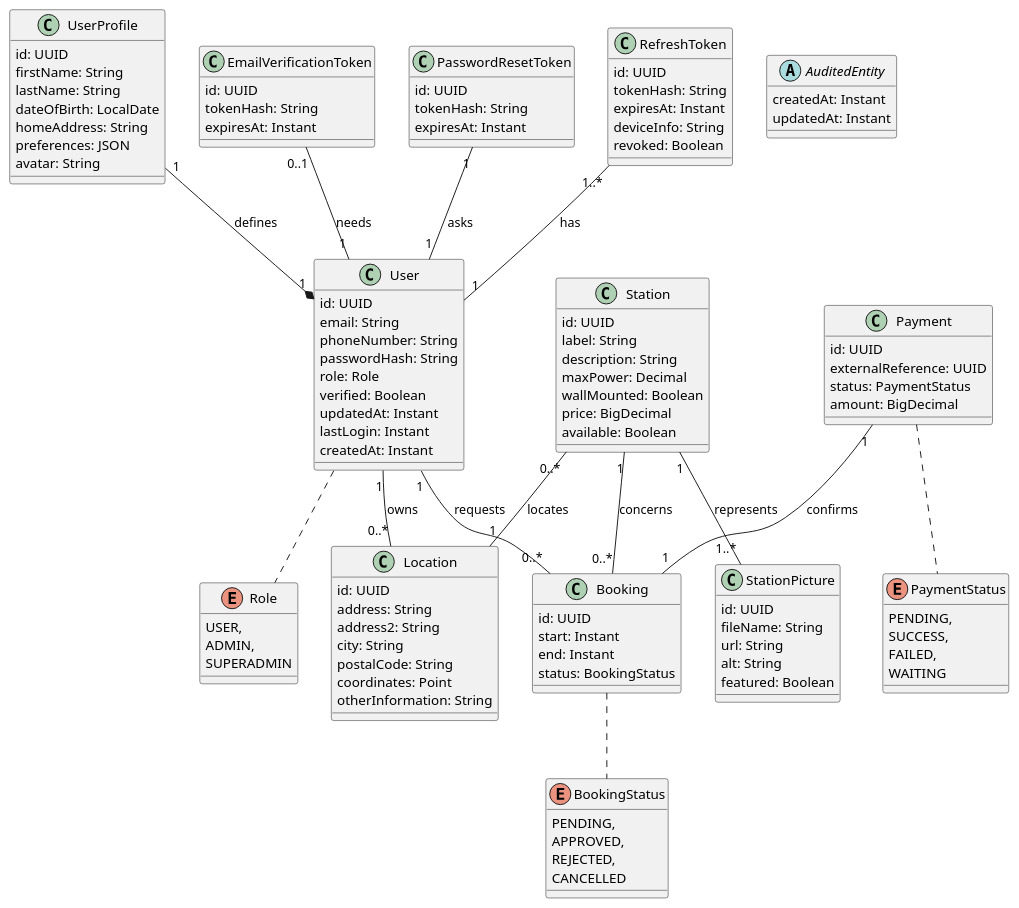
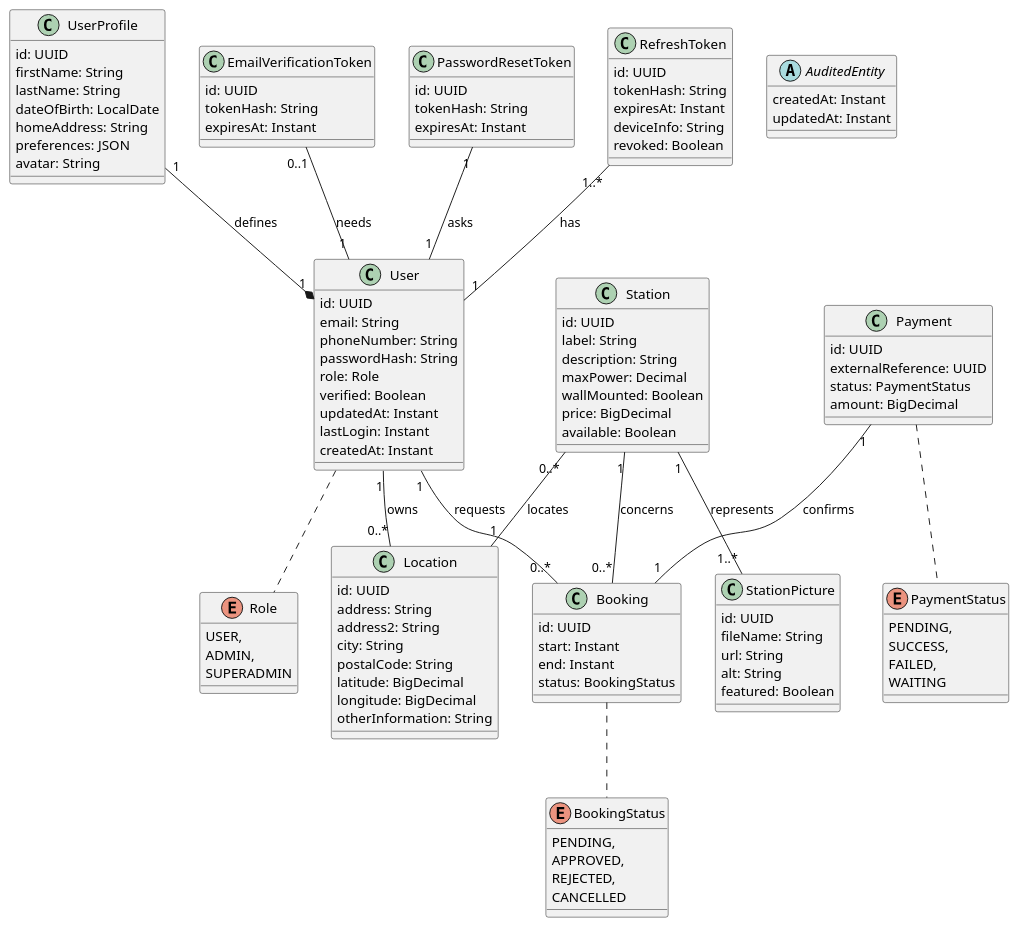
One commit to mlangumier/electricity-business-backend changed the diagram in assets/class_diagram.puml. Above: the diagram before and after it, drawn with PlantUML. The commit also changed 20 other files, not shown here.

```diff
--- a/assets/class_diagram.puml
+++ b/assets/class_diagram.puml
@@ -1,127 +1,128 @@
 @startuml
 
 enum Role {
     USER,
     ADMIN,
     SUPERADMIN
 }
 
 enum BookingStatus {
     PENDING,
     APPROVED,
     REJECTED,
     CANCELLED
 }
 
 enum PaymentStatus {
     PENDING,
     SUCCESS,
     FAILED,
     WAITING
 }
 
 abstract class AuditedEntity {
   createdAt: Instant
   updatedAt: Instant
 }
 
 class User {
     id: UUID
     email: String
     phoneNumber: String
     passwordHash: String
     role: Role
     verified: Boolean
     updatedAt: Instant
     lastLogin: Instant
     createdAt: Instant
 }
 
 class UserProfile {
     id: UUID
     firstName: String
     lastName: String
     dateOfBirth: LocalDate
     homeAddress: String
     preferences: JSON
     avatar: String
 }
 
 class Location {
     id: UUID
     address: String
     address2: String
     city: String
     postalCode: String
-    coordinates: Point
+    latitude: BigDecimal
+    longitude: BigDecimal
     otherInformation: String
 }
 
 class Station {
     id: UUID
     label: String
     description: String
     maxPower: Decimal
     wallMounted: Boolean
     price: BigDecimal
     available: Boolean
 }
 
 class StationPicture {
     id: UUID
     fileName: String
     url: String
     alt: String
     featured: Boolean
 }
 
 class Booking {
     id: UUID
     start: Instant
     end: Instant
     status: BookingStatus
 }
 
 class Payment {
     id: UUID
     externalReference: UUID
     status: PaymentStatus
     amount: BigDecimal
 }
 
 class EmailVerificationToken {
     id: UUID
     tokenHash: String
     expiresAt: Instant
 }
 
 class PasswordResetToken {
     id: UUID
     tokenHash: String
     expiresAt: Instant
 }
 
 class RefreshToken {
     id: UUID
     tokenHash: String
     expiresAt: Instant
     deviceInfo: String
     revoked: Boolean
 }
 
 UserProfile "1" --* "1" User: defines
 User "1" -- "0..*" Location: owns
 Station "0..*" -- "1" Location: locates
 Station "1" -- "1..*" StationPicture: represents
 Station "1" -- "0..*" Booking: concerns
 User "1" -- "0..*" Booking: requests
 Payment "1" -- "1" Booking: confirms
 EmailVerificationToken "0..1" -- "1" User: needs
 PasswordResetToken "1" -- "1" User: asks
 RefreshToken "1..*" -- "1" User: has
 
 User .. Role
 Booking .. BookingStatus
 Payment .. PaymentStatus
 
 @enduml
```
